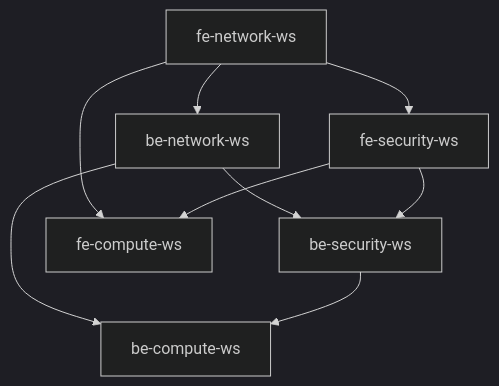
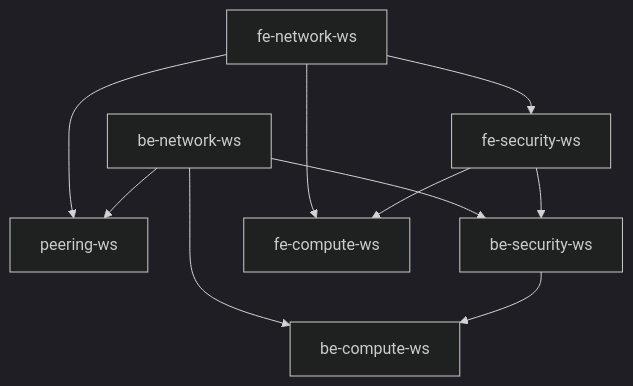
One commit to ACHN-dev/vpc-peering-hcp-terraform changed the diagram in README.md. Above: the diagram before and after it, drawn with Mermaid (dark theme). The commit also changed other lines of this file and 14 other files, not shown here.

````diff
--- a/README.md
+++ b/README.md
@@ -35,11 +36,12 @@
 ```mermaid
 flowchart TD
-    fe_net["fe-network-ws"] --> fe_sec["fe-security-ws"]
-    fe_net --> be_net["be-network-ws"]
+    fe_net["fe-network-ws"] --> peering["peering-ws"]
+    be_net["be-network-ws"] --> peering
+    fe_net --> fe_sec["fe-security-ws"]
     be_net --> be_sec["be-security-ws"]
     fe_sec --> be_sec
     fe_net --> fe_comp["fe-compute-ws"]
     fe_sec --> fe_comp
     be_net --> be_comp["be-compute-ws"]
     be_sec --> be_comp
 ```
````
